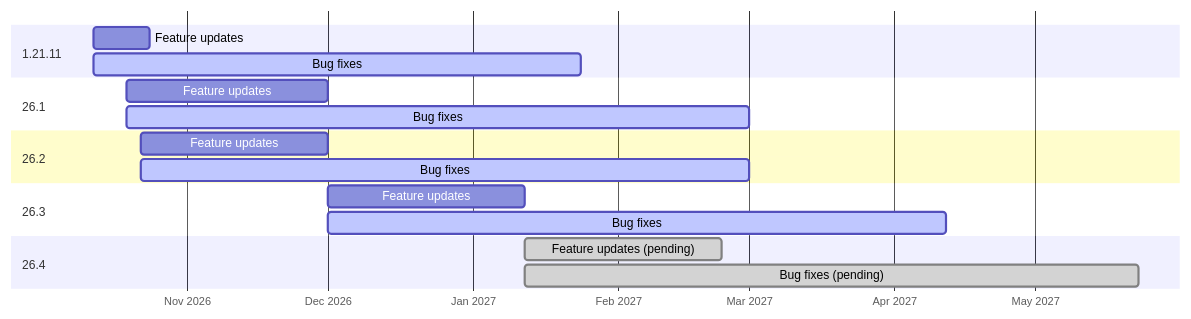
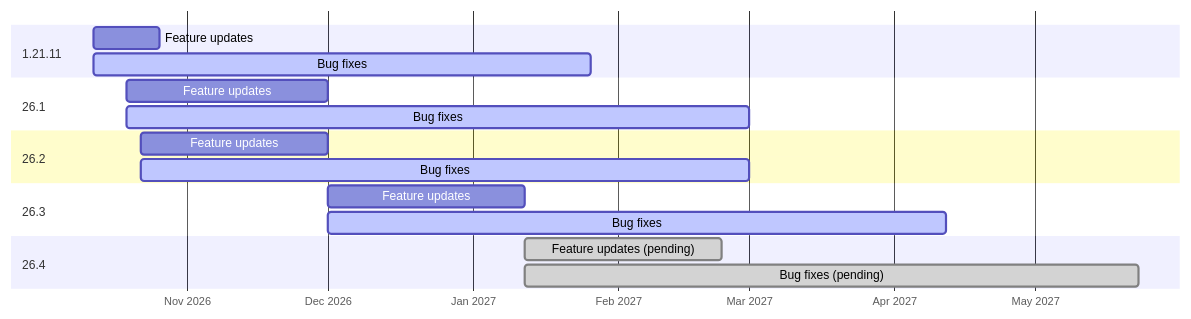
Before and after one commit to Restfulbee37/copper-golem-optimisation: the diagram in README.md, drawn with Mermaid. The commit also changed other lines of this file and 1 other file, not shown here.

Commit message:
Release 0.6.0+26.2
1.21.11 moves to bug fixes only in Supported versions.

````diff
--- a/README.md
+++ b/README.md
@@ -35,20 +35,20 @@
 ```mermaid
 gantt
     dateFormat YYYY-MM-DD
     axisFormat %b %Y
     section 1.21.11
-        Feature updates : 2026-10-12, 2026-10-24
-        Bug fixes       : active, 2026-10-12, 2027-01-24
+        Feature updates : 2026-10-12, 2026-10-26
+        Bug fixes       : active, 2026-10-12, 2027-01-26
     section 26.1
         Feature updates : 2026-10-19, 2026-12-01
         Bug fixes       : active, 2026-10-19, 2027-03-01
     section 26.2
         Feature updates : 2026-10-22, 2026-12-01
         Bug fixes       : active, 2026-10-22, 2027-03-01
     section 26.3
         Feature updates : 2026-12-01, 2027-01-12
         Bug fixes       : active, 2026-12-01, 2027-04-12
     section 26.4
         Feature updates (pending) : done, 2027-01-12, 2027-02-23
         Bug fixes (pending)       : done, 2027-01-12, 2027-05-23
 ```
````
